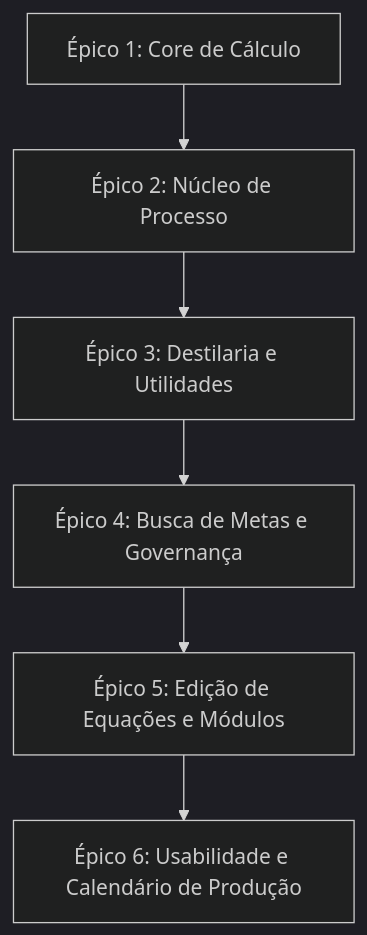
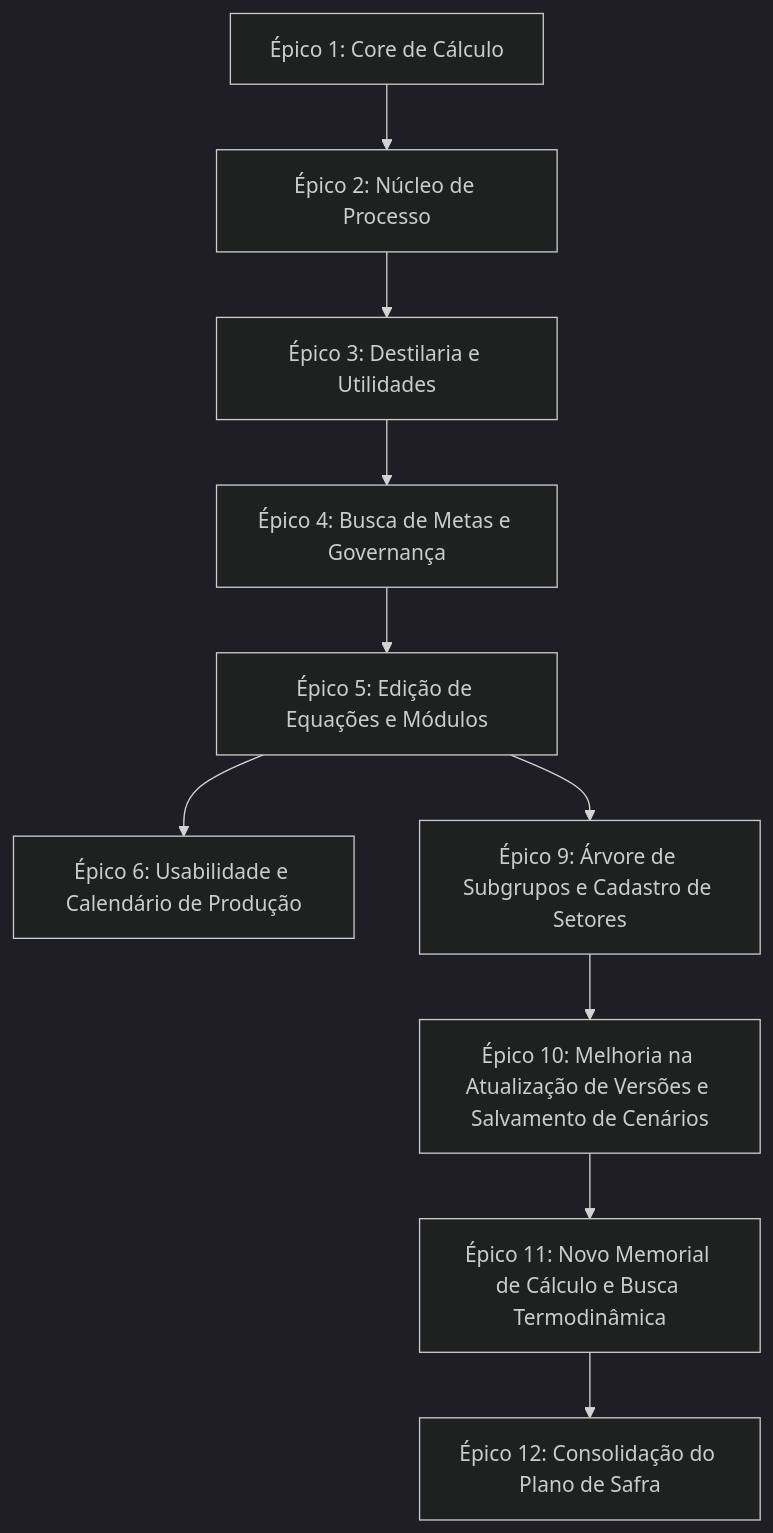
Before and after one commit to Dubis-eng/bme_calc: the diagram in docs/features/task-master.md, drawn with Mermaid (dark theme). The commit also changed other lines of this file and 7 other files, not shown here.

````diff
--- a/docs/features/task-master.md
+++ b/docs/features/task-master.md
@@ -8,8 +8,12 @@
 ```mermaid
 graph TD
     E1[Épico 1: Core de Cálculo] --> E2[Épico 2: Núcleo de Processo]
     E2 --> E3[Épico 3: Destilaria e Utilidades]
     E3 --> E4[Épico 4: Busca de Metas e Governança]
     E4 --> E5[Épico 5: Edição de Equações e Módulos]
     E5 --> E6[Épico 6: Usabilidade e Calendário de Produção]
+    E5 --> E9[Épico 9: Árvore de Subgrupos e Cadastro de Setores]
+    E9 --> E10[Épico 10: Melhoria na Atualização de Versões e Salvamento de Cenários]
+    E10 --> E11[Épico 11: Novo Memorial de Cálculo e Busca Termodinâmica]
+    E11 --> E12[Épico 12: Consolidação do Plano de Safra]
 ```
````
